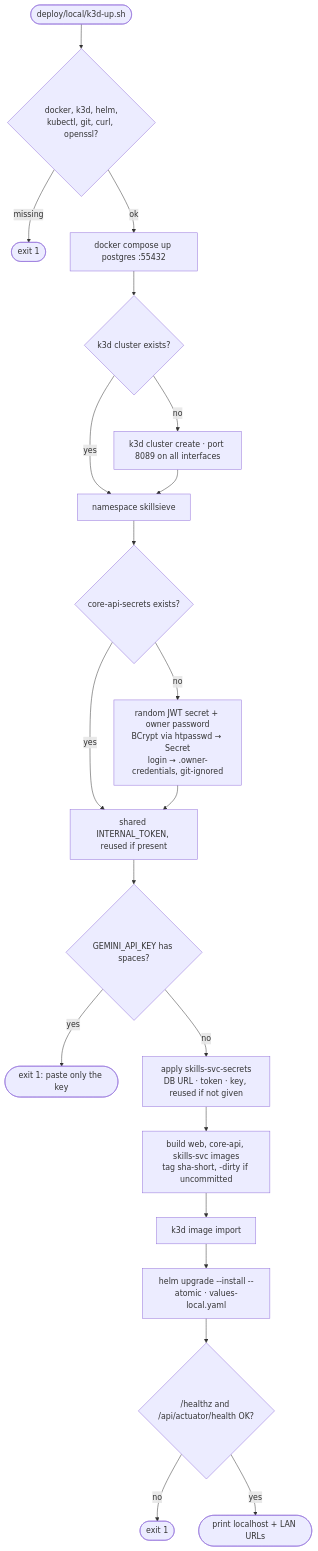
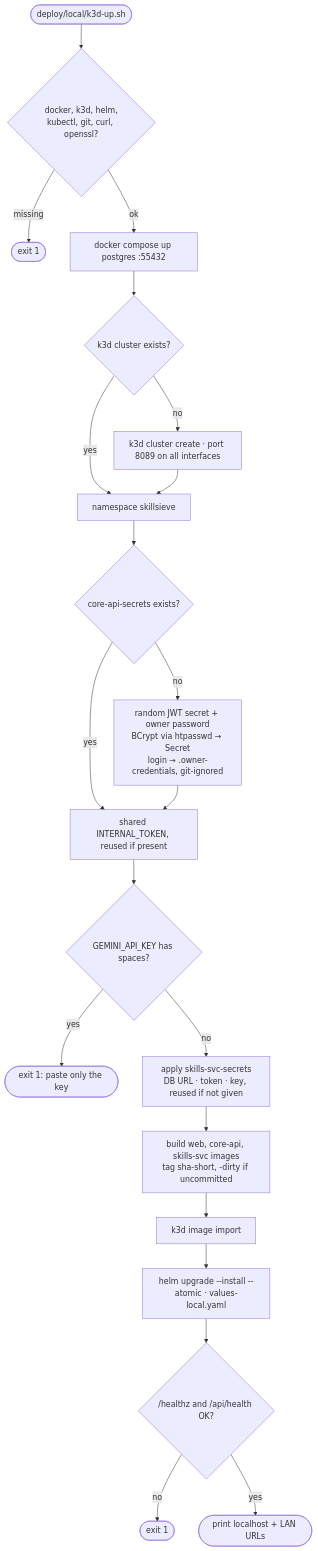
Before and after one commit to sayoungestguy/skillsieve: diagram 14 of 14 in docs/DIAGRAMS.md, drawn with Mermaid. The commit also changed other lines of this file and 30 other files, not shown here.

````diff
--- a/docs/DIAGRAMS.md
+++ b/docs/DIAGRAMS.md
@@ -764,23 +764,23 @@
 ```mermaid
 flowchart TD
   start([deploy/local/k3d-up.sh]) --> tools{docker, k3d, helm,<br/>kubectl, git, curl, openssl?}
   tools -- missing --> exit1([exit 1])
   tools -- ok --> pg[docker compose up postgres :55432]
   pg --> cl{k3d cluster exists?}
   cl -- no --> create[k3d cluster create · port 8089 on all interfaces]
   cl -- yes --> ns
   create --> ns[namespace skillsieve]
   ns --> s1{core-api-secrets exists?}
   s1 -- no --> mk1[random JWT secret + owner password<br/>BCrypt via htpasswd → Secret<br/>login → .owner-credentials, git-ignored]
   s1 -- yes --> tokn
   mk1 --> tokn[shared INTERNAL_TOKEN, reused if present]
   tokn --> key{GEMINI_API_KEY has spaces?}
   key -- yes --> exit2([exit 1: paste only the key])
   key -- no --> s2[apply skills-svc-secrets<br/>DB URL · token · key, reused if not given]
   s2 --> img[build web, core-api, skills-svc images<br/>tag sha-short, -dirty if uncommitted]
   img --> imp[k3d image import]
   imp --> up[helm upgrade --install --atomic · values-local.yaml]
-  up --> smoke{/healthz and /api/actuator/health OK?}
+  up --> smoke{/healthz and /api/health OK?}
   smoke -- no --> exit3([exit 1])
   smoke -- yes --> done([print localhost + LAN URLs])
 ```
````
